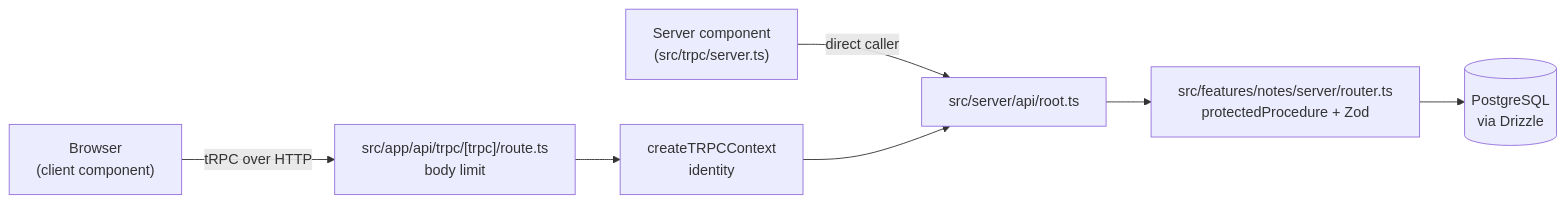
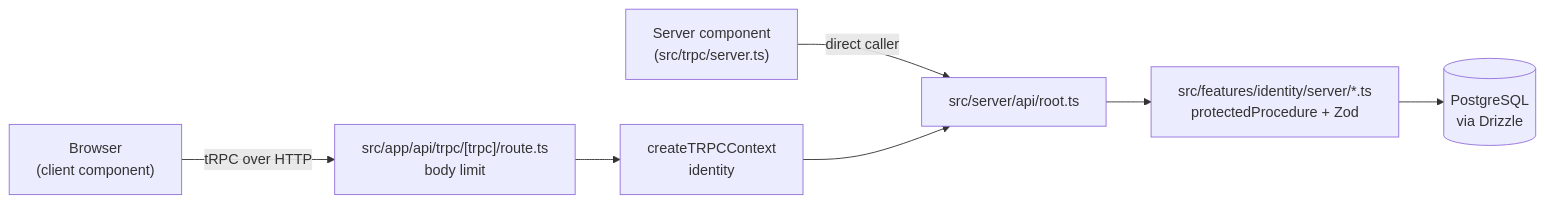
Before and after one commit to tanzhongyan/RipCord: the diagram in ARCHITECTURE.md, drawn with Mermaid. The commit also changed other lines of this file and 80 other files, not shown here.

````diff
--- a/ARCHITECTURE.md
+++ b/ARCHITECTURE.md
@@ -7,9 +7,9 @@
 ```mermaid
 flowchart LR
     Browser["Browser<br/>(client component)"] -->|"tRPC over HTTP"| Route["src/app/api/trpc/[trpc]/route.ts<br/>body limit"]
     RSC["Server component<br/>(src/trpc/server.ts)"] -->|"direct caller"| Root
     Route --> Ctx["createTRPCContext<br/>identity"]
     Ctx --> Root["src/server/api/root.ts"]
-    Root --> Router["src/features/notes/server/router.ts<br/>protectedProcedure + Zod"]
+    Root --> Router["src/features/identity/server/*.ts<br/>protectedProcedure + Zod"]
     Router --> DB[("PostgreSQL<br/>via Drizzle")]
 ```
````
